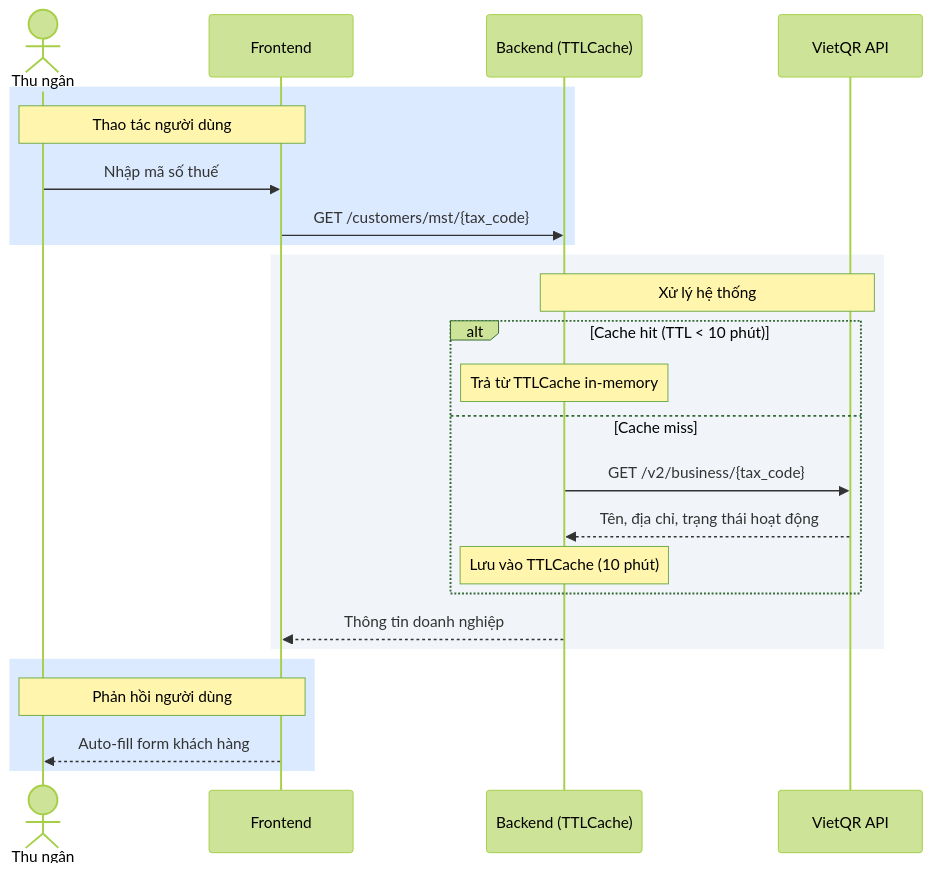
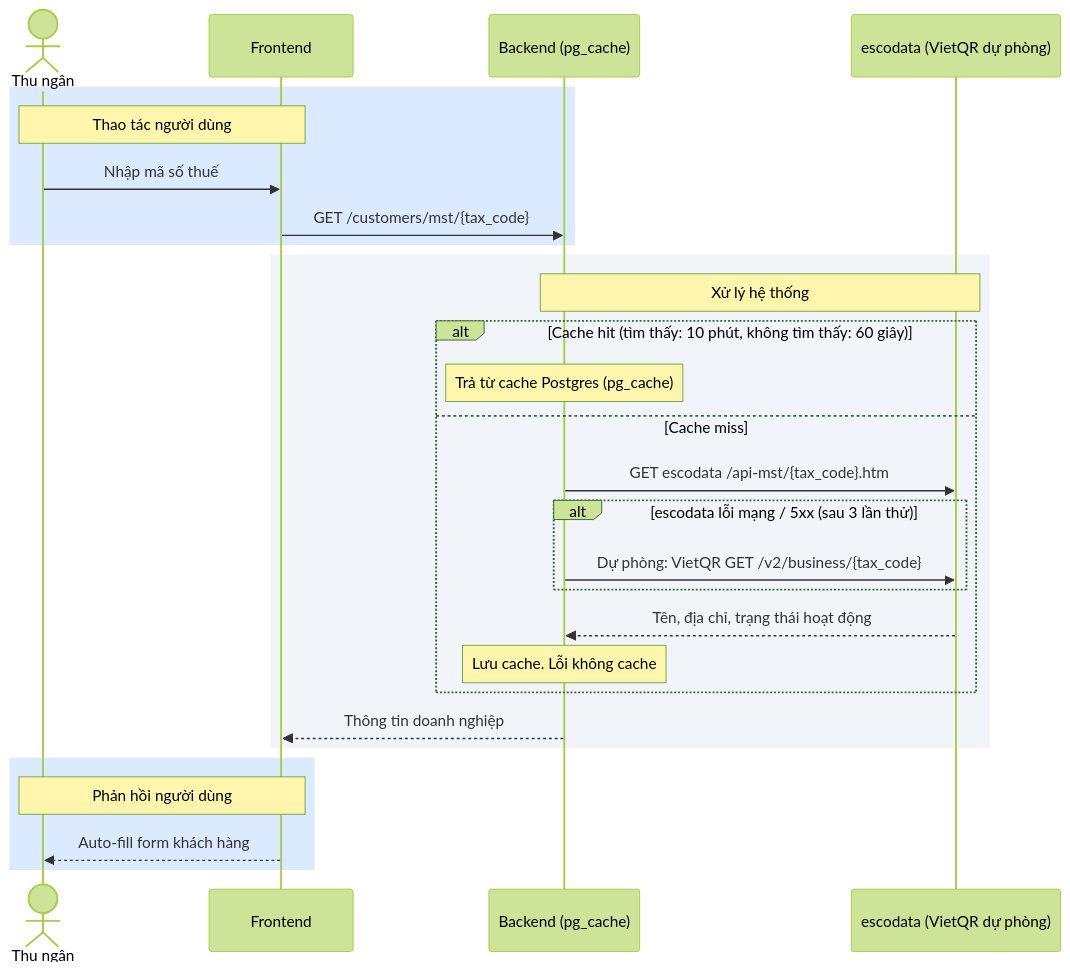
Before and after one commit to ngohuuduc/VJ_mobile_POS: diagram 15 of 21 in process_flow.md, drawn with Mermaid (forest theme). The commit also changed other lines of this file and 1 other file, not shown here.

Commit message:
docs: scope + process flows updated for delivery/deposit/pickup/serial/MST changes

````diff
--- a/process_flow.md
+++ b/process_flow.md
@@ -683,28 +782,31 @@
 ```mermaid
 sequenceDiagram
     actor User as Thu ngân
     participant FE as Frontend
-    participant BE as Backend (TTLCache)
-    participant MST as VietQR API
+    participant BE as Backend (pg_cache)
+    participant MST as escodata (VietQR dự phòng)
 
     rect rgb(219, 234, 254)
         Note over User,FE: Thao tác người dùng
         User->>FE: Nhập mã số thuế
         FE->>BE: GET /customers/mst/{tax_code}
     end
     rect rgb(241, 245, 249)
         Note over BE,MST: Xử lý hệ thống
-        alt Cache hit (TTL < 10 phút)
-            Note over BE: Trả từ TTLCache in-memory
+        alt Cache hit (tìm thấy: 10 phút, không tìm thấy: 60 giây)
+            Note over BE: Trả từ cache Postgres (pg_cache)
         else Cache miss
-            BE->>MST: GET /v2/business/{tax_code}
+            BE->>MST: GET escodata /api-mst/{tax_code}.htm
+            alt escodata lỗi mạng / 5xx (sau 3 lần thử)
+                BE->>MST: Dự phòng: VietQR GET /v2/business/{tax_code}
+            end
             MST-->>BE: Tên, địa chỉ, trạng thái hoạt động
-            Note over BE: Lưu vào TTLCache (10 phút)
+            Note over BE: Lưu cache. Lỗi không cache
         end
         BE-->>FE: Thông tin doanh nghiệp
     end
     rect rgb(219, 234, 254)
         Note over FE,User: Phản hồi người dùng
         FE-->>User: Auto-fill form khách hàng
     end
 ```
````
